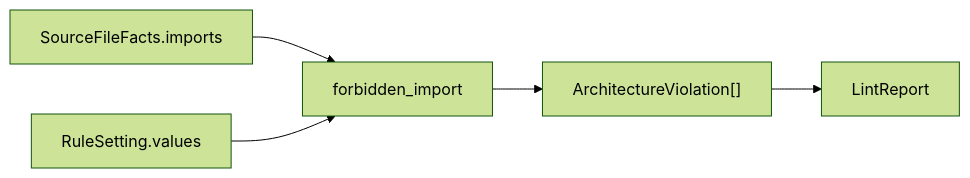
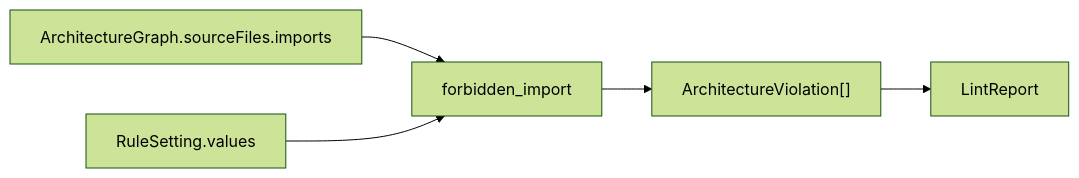
Before and after one commit to RoyalPineapple/BumperBowling: the second of 7 diagrams in docs/ARCHITECTURE_SNAPSHOT.md, drawn with Mermaid (forest theme). The commit also changed other lines of this file and 17 other files, not shown here.

Commit message:
Reframe DSL around architecture graph

````diff
--- a/docs/ARCHITECTURE_SNAPSHOT.md
+++ b/docs/ARCHITECTURE_SNAPSHOT.md
@@ -33,7 +35,7 @@
 ```mermaid
 flowchart LR
-    Imports["SourceFileFacts.imports"] --> ForbiddenImport["forbidden_import"]
+    Imports["ArchitectureGraph.sourceFiles.imports"] --> ForbiddenImport["forbidden_import"]
     Forbidden["RuleSetting.values"] --> ForbiddenImport
     ForbiddenImport --> Findings["ArchitectureViolation[]"]
     Findings --> Report["LintReport"]
 ```
````
